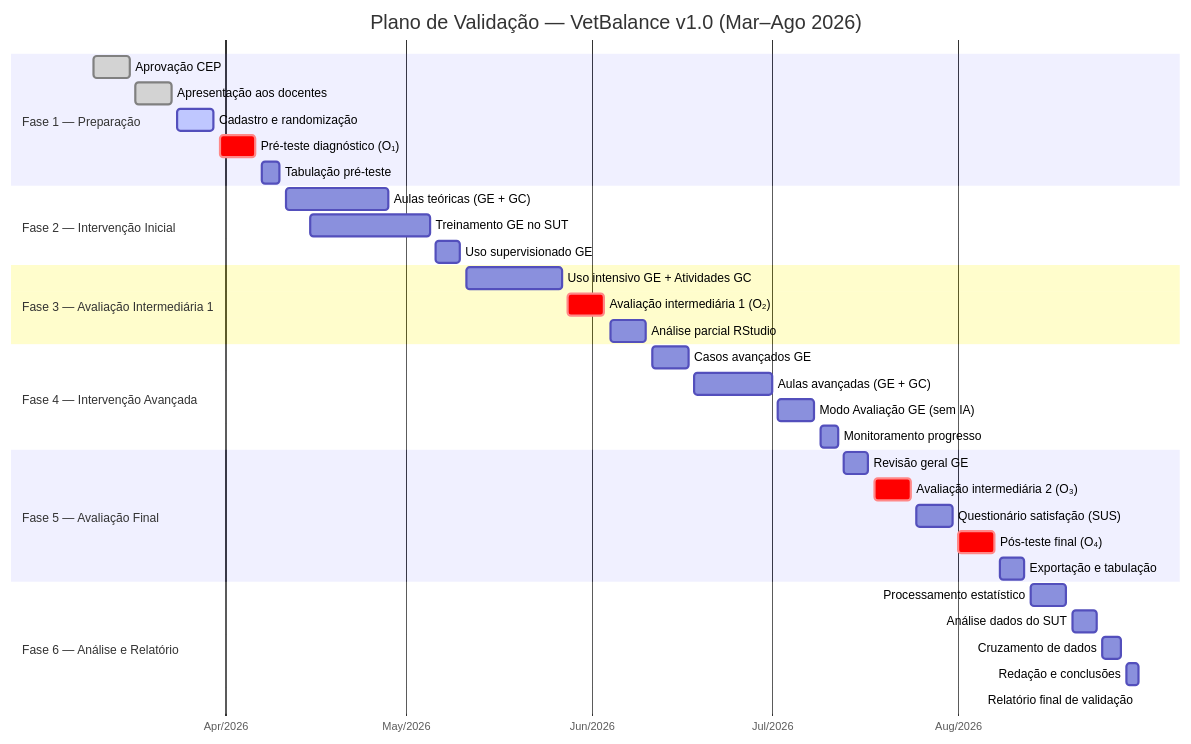
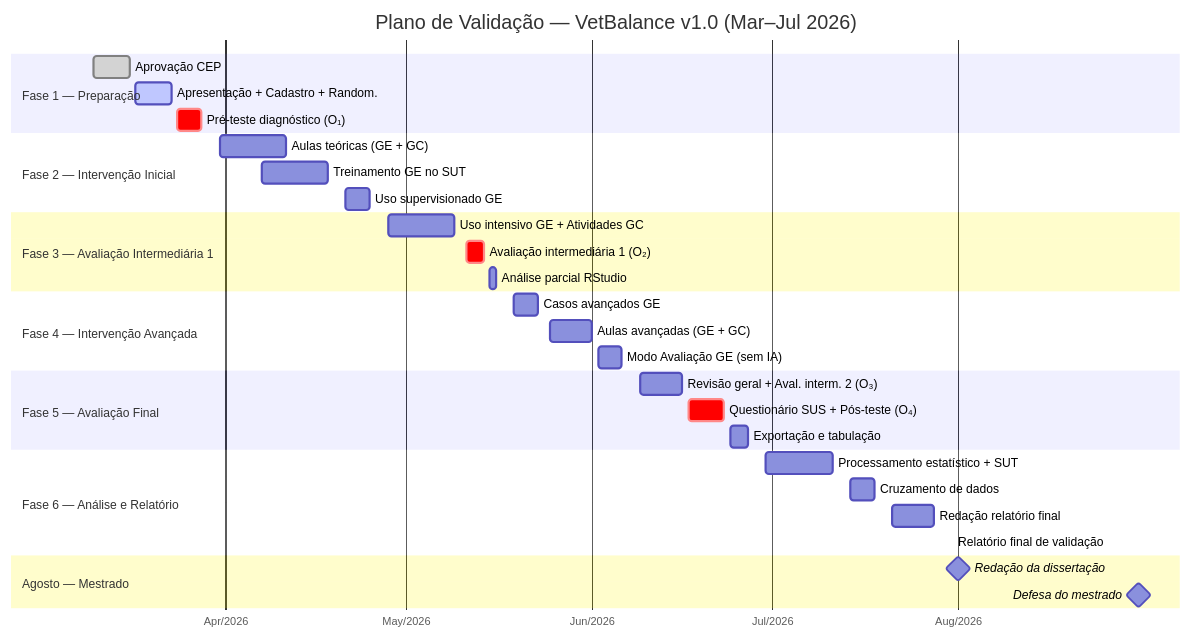
Before and after one commit to KyoFaBraL/vet-sim-buddy: the diagram in CRONOGRAMA_VALIDACAO.md, drawn with Mermaid. The commit also changed other lines of this file and 1 other file, not shown here.

````diff
--- a/CRONOGRAMA_VALIDACAO.md
+++ b/CRONOGRAMA_VALIDACAO.md
@@ -271,43 +269,41 @@
 ```mermaid
 gantt
-    title Plano de Validação — VetBalance v1.0 (Mar–Ago 2026)
+    title Plano de Validação — VetBalance v1.0 (Mar–Jul 2026)
     dateFormat  YYYY-MM-DD
     axisFormat  %b/%Y
 
     section Fase 1 — Preparação
     Aprovação CEP                     :done, f1a, 2026-03-10, 2026-03-16
-    Apresentação aos docentes         :done, f1b, 2026-03-17, 2026-03-23
-    Cadastro e randomização           :active, f1c, 2026-03-24, 2026-03-30
-    Pré-teste diagnóstico (O₁)       :crit, f1d, 2026-03-31, 2026-04-06
-    Tabulação pré-teste               :f1e, 2026-04-07, 2026-04-10
+    Apresentação + Cadastro + Random. :active, f1b, 2026-03-17, 2026-03-23
+    Pré-teste diagnóstico (O₁)       :crit, f1c, 2026-03-24, 2026-03-28
 
     section Fase 2 — Intervenção Inicial
-    Aulas teóricas (GE + GC)          :f2a, 2026-04-11, 2026-04-28
-    Treinamento GE no SUT             :f2b, 2026-04-15, 2026-05-05
-    Uso supervisionado GE             :f2c, 2026-05-06, 2026-05-10
+    Aulas teóricas (GE + GC)          :f2a, 2026-03-31, 2026-04-11
+    Treinamento GE no SUT             :f2b, 2026-04-07, 2026-04-18
+    Uso supervisionado GE             :f2c, 2026-04-21, 2026-04-25
 
     section Fase 3 — Avaliação Intermediária 1
-    Uso intensivo GE + Atividades GC  :f3a, 2026-05-11, 2026-05-27
-    Avaliação intermediária 1 (O₂)   :crit, f3b, 2026-05-28, 2026-06-03
-    Análise parcial RStudio           :f3c, 2026-06-04, 2026-06-10
+    Uso intensivo GE + Atividades GC  :f3a, 2026-04-28, 2026-05-09
+    Avaliação intermediária 1 (O₂)   :crit, f3b, 2026-05-11, 2026-05-14
+    Análise parcial RStudio           :f3c, 2026-05-15, 2026-05-16
 
     section Fase 4 — Intervenção Avançada
-    Casos avançados GE                :f4a, 2026-06-11, 2026-06-17
-    Aulas avançadas (GE + GC)         :f4b, 2026-06-18, 2026-07-01
-    Modo Avaliação GE (sem IA)        :f4c, 2026-07-02, 2026-07-08
-    Monitoramento progresso           :f4d, 2026-07-09, 2026-07-12
+    Casos avançados GE                :f4a, 2026-05-19, 2026-05-23
+    Aulas avançadas (GE + GC)         :f4b, 2026-05-25, 2026-06-01
+    Modo Avaliação GE (sem IA)        :f4c, 2026-06-02, 2026-06-06
 
     section Fase 5 — Avaliação Final
-    Revisão geral GE                  :f5a, 2026-07-13, 2026-07-17
-    Avaliação intermediária 2 (O₃)   :crit, f5b, 2026-07-18, 2026-07-24
-    Questionário satisfação (SUS)     :f5c, 2026-07-25, 2026-07-31
-    Pós-teste final (O₄)             :crit, f5d, 2026-08-01, 2026-08-07
-    Exportação e tabulação            :f5e, 2026-08-08, 2026-08-12
+    Revisão geral + Aval. interm. 2 (O₃) :f5a, 2026-06-09, 2026-06-16
+    Questionário SUS + Pós-teste (O₄):crit, f5b, 2026-06-17, 2026-06-23
+    Exportação e tabulação            :f5c, 2026-06-24, 2026-06-27
 
     section Fase 6 — Análise e Relatório
-    Processamento estatístico         :f6a, 2026-08-13, 2026-08-19
-    Análise dados do SUT              :f6b, 2026-08-20, 2026-08-24
-    Cruzamento de dados               :f6c, 2026-08-25, 2026-08-28
-    Redação e conclusões              :f6d, 2026-08-29, 2026-08-31
-    Relatório final de validação      :crit, f6e, 2026-08-31, 2026-08-31
+    Processamento estatístico + SUT   :f6a, 2026-06-30, 2026-07-11
+    Cruzamento de dados               :f6b, 2026-07-14, 2026-07-18
+    Redação relatório final           :f6c, 2026-07-21, 2026-07-28
+    Relatório final de validação      :crit, f6d, 2026-07-31, 2026-07-31
+
+    section Agosto — Mestrado
+    Redação da dissertação            :milestone, m1, 2026-08-01, 2026-08-01
+    Defesa do mestrado                :milestone, m2, 2026-08-31, 2026-08-31
 ```
````
